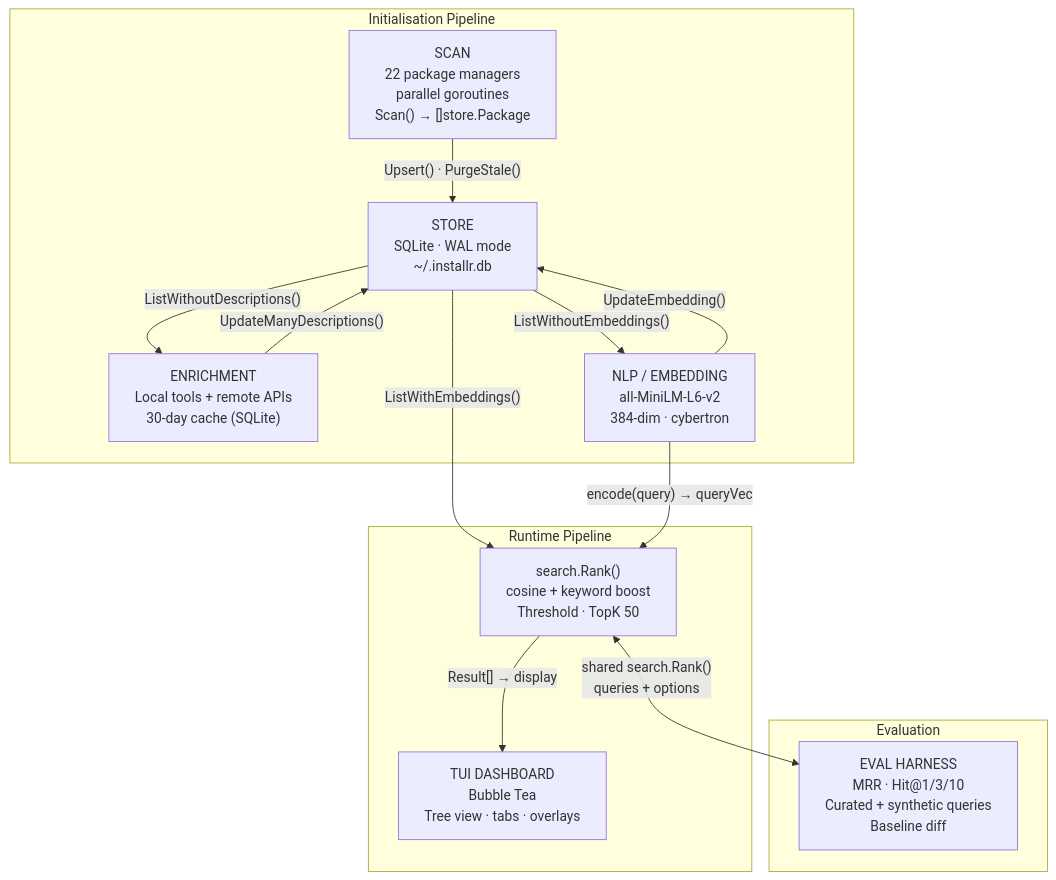
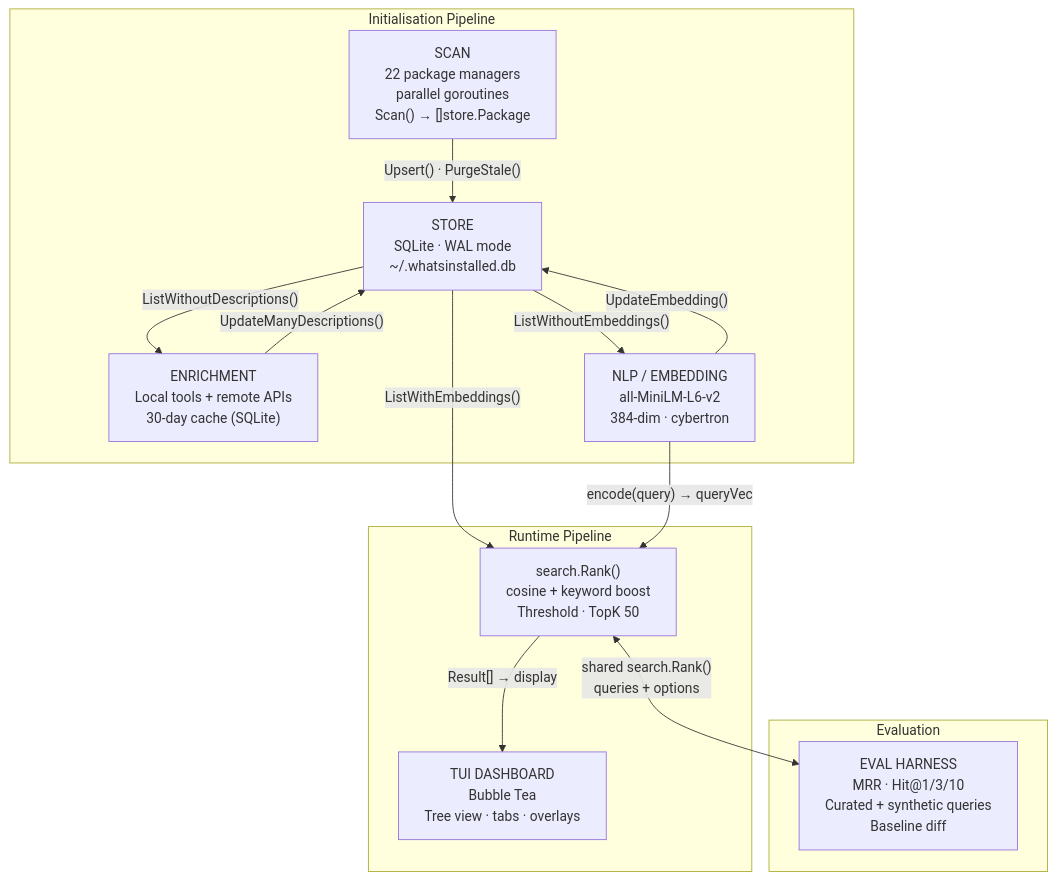
Before and after one commit to DVacirca/whatsinstalled: the diagram in ARCHITECTURE.md, drawn with Mermaid. The commit also changed other lines of this file and 9 other files, not shown here.

First line of the commit message:
rename installr to whatsinstalled in docs

````diff
--- a/ARCHITECTURE.md
+++ b/ARCHITECTURE.md
@@ -9,30 +9,30 @@
 ```mermaid
 flowchart TD
     subgraph Init["Initialisation Pipeline"]
         SCAN["SCAN<br/>22 package managers<br/>parallel goroutines<br/>Scan() &rarr; []store.Package"]
-        STORE["STORE<br/>SQLite · WAL mode<br/>~/.installr.db"]
+        STORE["STORE<br/>SQLite · WAL mode<br/>~/.whatsinstalled.db"]
         ENRICH["ENRICHMENT<br/>Local tools + remote APIs<br/>30-day cache (SQLite)"]
         EMBED["NLP / EMBEDDING<br/>all-MiniLM-L6-v2<br/>384-dim · cybertron"]
     end
 
     subgraph Runtime["Runtime Pipeline"]
         SEARCH["search.Rank()<br/>cosine + keyword boost<br/>Threshold · TopK 50"]
         TUI["TUI DASHBOARD<br/>Bubble Tea<br/>Tree view · tabs · overlays"]
     end
 
     subgraph Eval["Evaluation"]
         EVAL["EVAL HARNESS<br/>MRR · Hit@1/3/10<br/>Curated + synthetic queries<br/>Baseline diff"]
     end
 
     SCAN -->|"Upsert() · PurgeStale()"| STORE
     STORE -->|"ListWithoutDescriptions()"| ENRICH
     ENRICH -->|"UpdateManyDescriptions()"| STORE
     STORE -->|"ListWithoutEmbeddings()"| EMBED
     EMBED -->|"UpdateEmbedding()"| STORE
 
     STORE -->|"ListWithEmbeddings()"| SEARCH
     EMBED -->|"encode(query) &rarr; queryVec"| SEARCH
     SEARCH -->|"Result[] &rarr; display"| TUI
 
     SEARCH <-->|"shared search.Rank()<br/>queries + options"| EVAL
 ```
````
